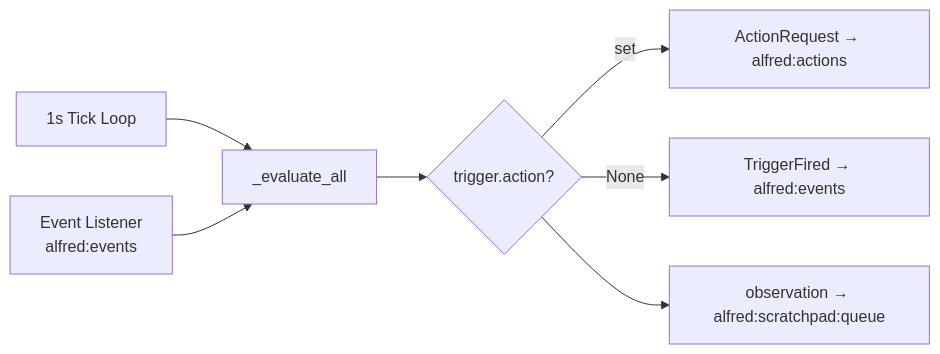
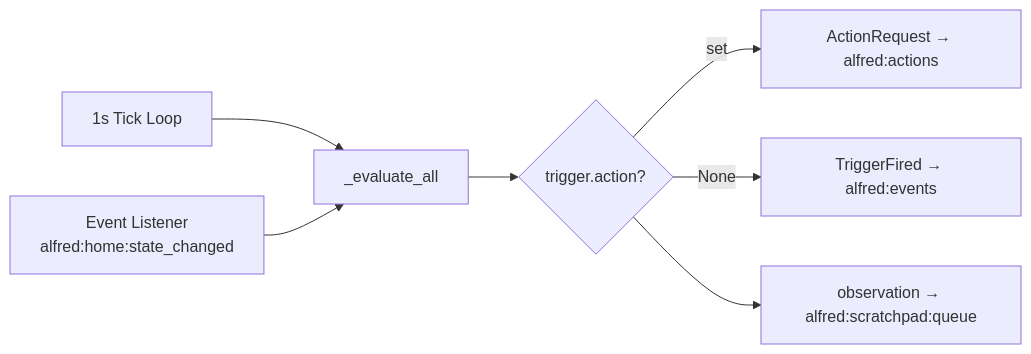
One commit to anirudhlath/alfred changed the first of 2 diagrams in core/CLAUDE.md. Above: the diagram before and after it, drawn with Mermaid. The commit also changed other lines of this file and 20 other files, not shown here.

````diff
--- a/core/CLAUDE.md
+++ b/core/CLAUDE.md
@@ -45,9 +45,9 @@
 ```mermaid
 graph LR
     Tick[1s Tick Loop] --> Eval[_evaluate_all]
-    Event[Event Listener<br/>alfred:events] --> Eval
+    Event[Event Listener<br/>alfred:home:state_changed] --> Eval
     Eval --> Fire{trigger.action?}
     Fire -->|set| AR[ActionRequest → alfred:actions]
     Fire -->|None| TF[TriggerFired → alfred:events]
     Fire --> Scratchpad[observation → alfred:scratchpad:queue]
 ```
````
